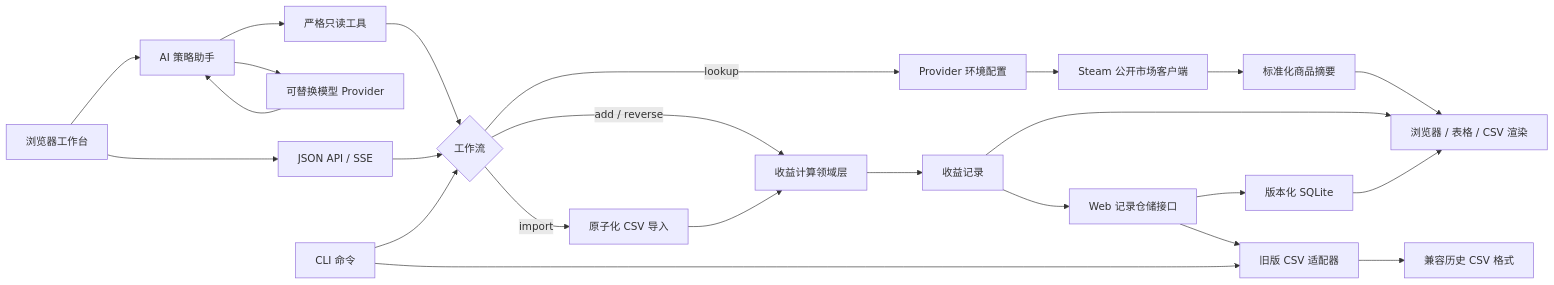
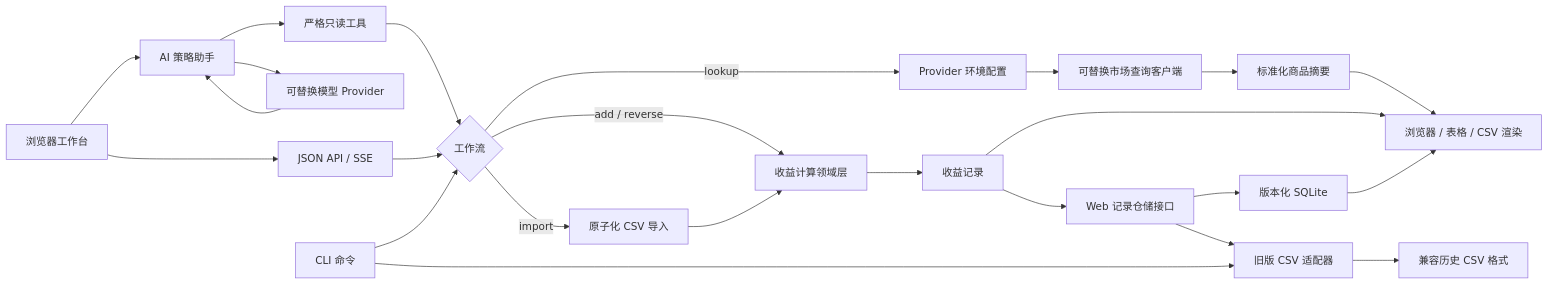
The diagram in README.zh-CN.md (NoireOffical/steam-profit-calculator), drawn with Mermaid before and after one commit. The commit also changed other lines of this file and 24 other files, not shown here.

````diff
--- a/README.zh-CN.md
+++ b/README.zh-CN.md
@@ -43,28 +54,28 @@
 ```mermaid
 flowchart LR
     W["浏览器工作台"] --> A["JSON API / SSE"]
     W --> M["AI 策略助手"]
     M --> P["可替换模型 Provider"]
     P --> M
     M --> T["严格只读工具"]
     T --> B
     A --> B{"工作流"}
     L["CLI 命令"] --> B
     B -->|"lookup"| C["Provider 环境配置"]
-    C --> D["Steam 公开市场客户端"]
+    C --> D["可替换市场查询客户端"]
     D --> E["标准化商品摘要"]
 
     B -->|"add / reverse"| F["收益计算领域层"]
     B -->|"import"| G["原子化 CSV 导入"]
     G --> F
     F --> H["收益记录"]
 
     H --> R["Web 记录仓储接口"]
     R --> I["版本化 SQLite"]
     R --> J["旧版 CSV 适配器"]
     L --> J
     J --> Q["兼容历史 CSV 格式"]
     E --> K["浏览器 / 表格 / CSV 渲染"]
     H --> K
     I --> K
 ```
````
